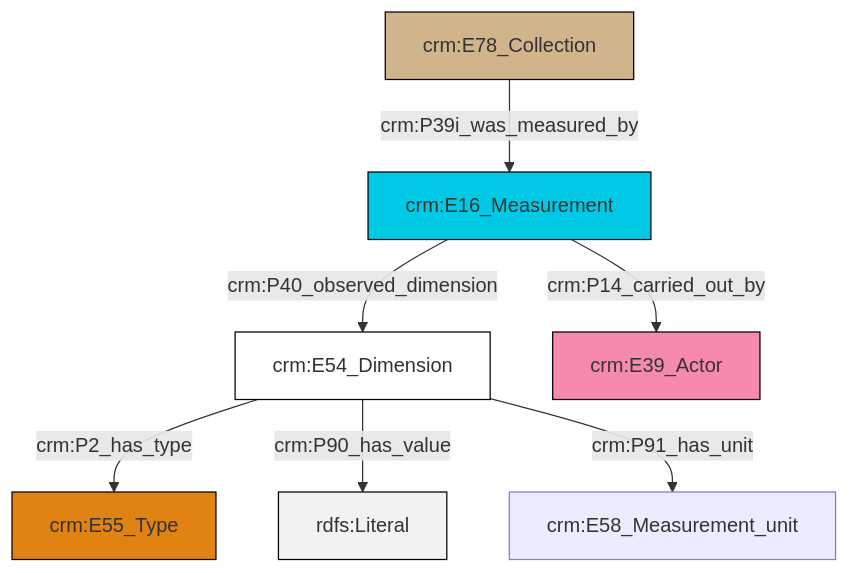
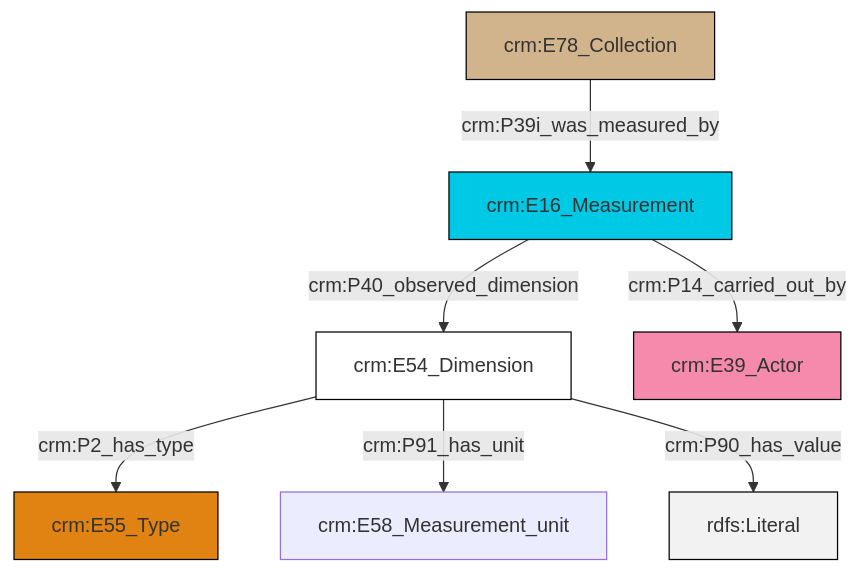
The diagram in et/archivalCSV/ttl/mmd/archival_substance.ttl.mmd (swiss-art-research-net/docs.swissartresearch), drawn with Mermaid before and after one commit. The commit also changed 177 other files, not shown here.

```diff
--- a/et/archivalCSV/ttl/mmd/archival_substance.ttl.mmd
+++ b/et/archivalCSV/ttl/mmd/archival_substance.ttl.mmd
@@ -1,21 +1,21 @@
 graph TD
 classDef Literal fill:#f2f2f2,stroke:#000000;
 classDef CRM_Entity fill:#FFFFFF,stroke:#000000;
 classDef Temporal_Entity fill:#00C9E6, stroke:#000000;
 classDef Type fill:#E18312, stroke:#000000;
 classDef Time-Span fill:#2C9C91, stroke:#000000;
 classDef Appellation fill:#FFEB7F, stroke:#000000;
 classDef Place fill:#008836, stroke:#000000;
 classDef Persistent_Item fill:#B266B2, stroke:#000000;
 classDef Conceptual_Object fill:#FFD700, stroke:#000000;
 classDef Physical_Thing fill:#D2B48C, stroke:#000000;
 classDef Actor fill:#f58aad, stroke:#000000;
 classDef PC_Classes fill:#4ce600, stroke:#000000;
 classDef Multi fill:#cccccc,stroke:#000000;
 
 0["crm:E54_Dimension"]:::CRM_Entity -->|crm:P2_has_type| 1["crm:E55_Type"]:::Type
-2["crm:E16_Measurement"]:::Temporal_Entity -->|crm:P14_carried_out_by| 3["crm:E39_Actor"]:::Actor
-0["crm:E54_Dimension"]:::CRM_Entity -->|crm:P90_has_value| 8[rdfs:Literal]:::Literal
-0["crm:E54_Dimension"]:::CRM_Entity -->|crm:P91_has_unit| 9["crm:E58_Measurement_unit"]:::Default
-5["crm:E78_Collection"]:::Physical_Thing -->|crm:P39i_was_measured_by| 2["crm:E16_Measurement"]:::Temporal_Entity
-2["crm:E16_Measurement"]:::Temporal_Entity -->|crm:P40_observed_dimension| 0["crm:E54_Dimension"]:::CRM_Entity
+0["crm:E54_Dimension"]:::CRM_Entity -->|crm:P91_has_unit| 6["crm:E58_Measurement_unit"]:::Default
+7["crm:E16_Measurement"]:::Temporal_Entity -->|crm:P40_observed_dimension| 0["crm:E54_Dimension"]:::CRM_Entity
+0["crm:E54_Dimension"]:::CRM_Entity -->|crm:P90_has_value| 9[rdfs:Literal]:::Literal
+2["crm:E78_Collection"]:::Physical_Thing -->|crm:P39i_was_measured_by| 7["crm:E16_Measurement"]:::Temporal_Entity
+7["crm:E16_Measurement"]:::Temporal_Entity -->|crm:P14_carried_out_by| 4["crm:E39_Actor"]:::Actor
```
